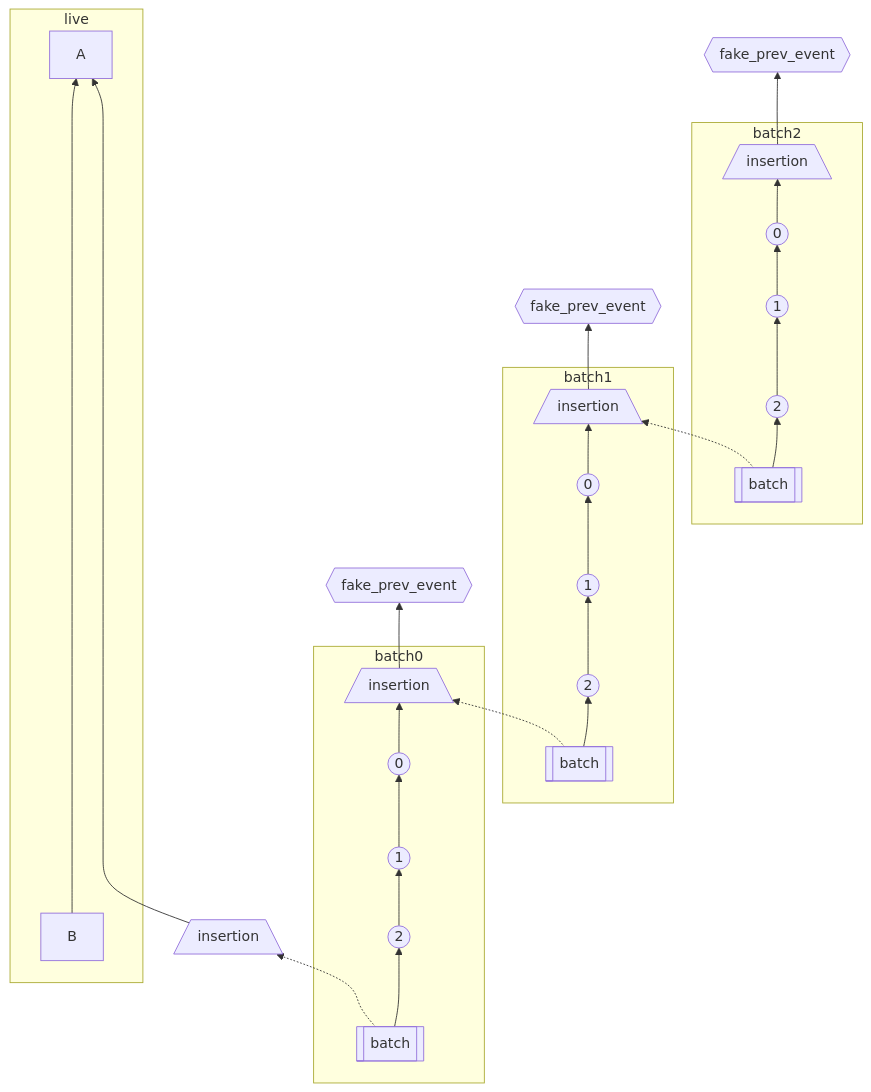
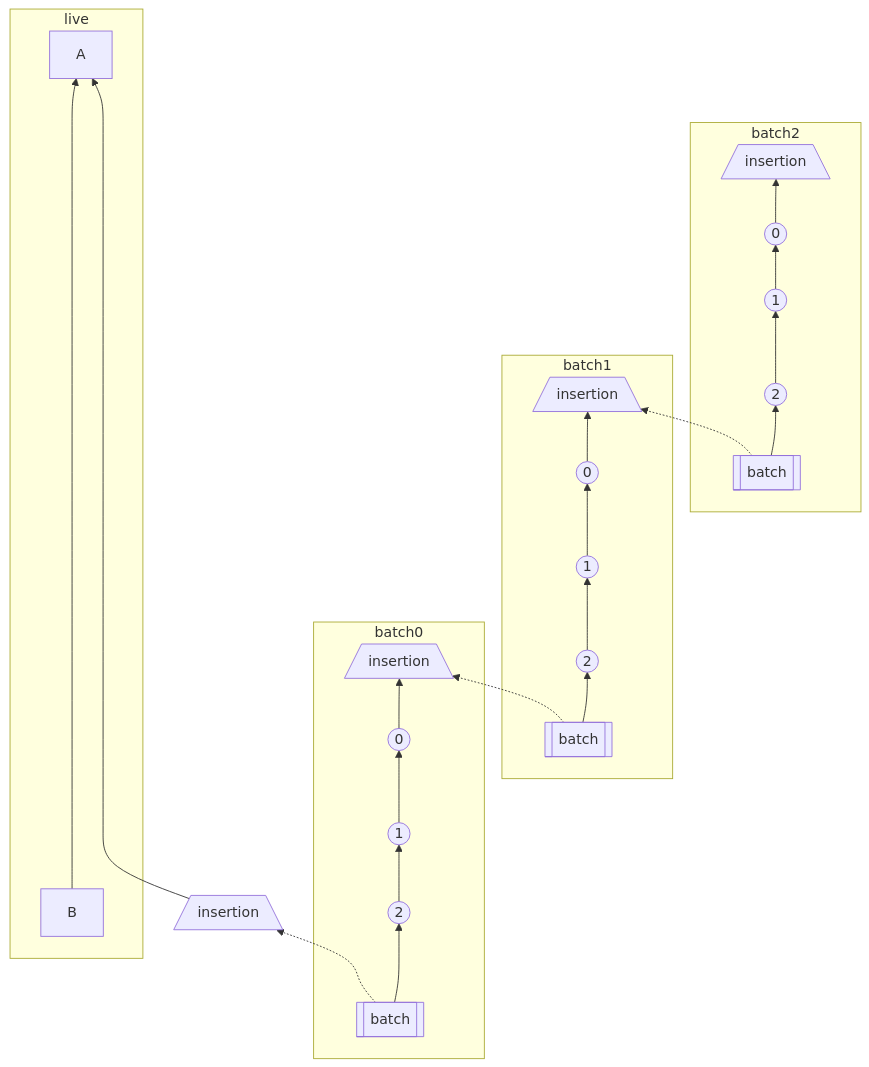
The second of 4 diagrams in proposals/2716-batch-send-historical-messages.md (matrix-org/matrix-spec-proposals), drawn with Mermaid before and after one commit. The commit also changed other lines of this file, not shown here.

First line of the commit message:
Prefer empty prev_events=[] over fake prev_events

````diff
--- a/proposals/2716-batch-send-historical-messages.md
+++ b/proposals/2716-batch-send-historical-messages.md
@@ -318,29 +318,31 @@
 ```mermaid
 flowchart BT
     subgraph live
         B --------------------> A
     end
     
     subgraph batch0
         batch0-batch[["batch"]] --> batch0-2(("2")) --> batch0-1((1)) --> batch0-0((0)) --> batch0-insertion[/insertion\]
     end
 
     subgraph batch1
         batch1-batch[["batch"]] --> batch1-2(("2")) --> batch1-1((1)) --> batch1-0((0)) --> batch1-insertion[/insertion\]
     end
     
     subgraph batch2
         batch2-batch[["batch"]] --> batch2-2(("2")) --> batch2-1((1)) --> batch2-0((0)) --> batch2-insertion[/insertion\]
     end
 
-
-    batch0-insertion --> fakePrevEvent0{{fake_prev_event}}
-    batch1-insertion --> fakePrevEvent1{{fake_prev_event}}
-    batch2-insertion --> fakePrevEvent2{{fake_prev_event}}
-
     
     batch0-insertionBase[/insertion\] ---------------> A
     batch0-batch -.-> batch0-insertionBase[/insertion\]
     batch1-batch -.-> batch0-insertion
     batch2-batch -.-> batch1-insertion
+
+
+    %% alignment links 
+    batch2-insertion --- alignment1
+    %% make the alignment links/nodes invisible
+    style alignment1 visibility: hidden,color:transparent;
+    linkStyle 17 stroke-width:2px,fill:none,stroke:none;
 ```
````
